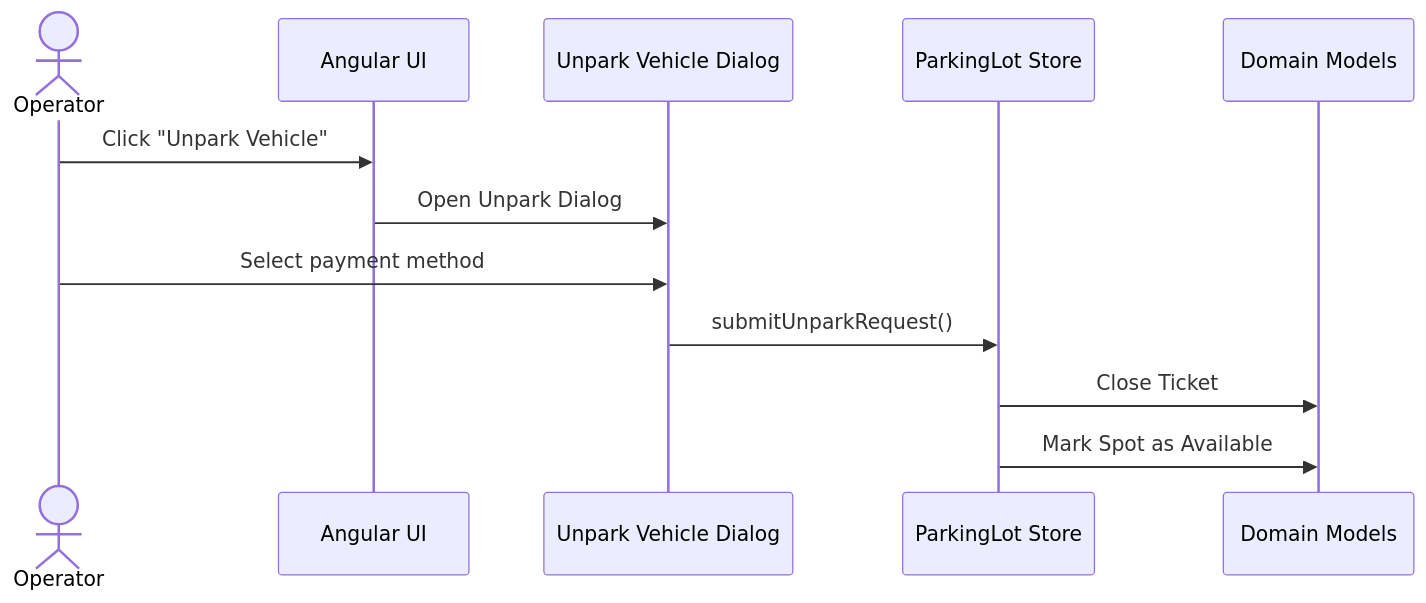
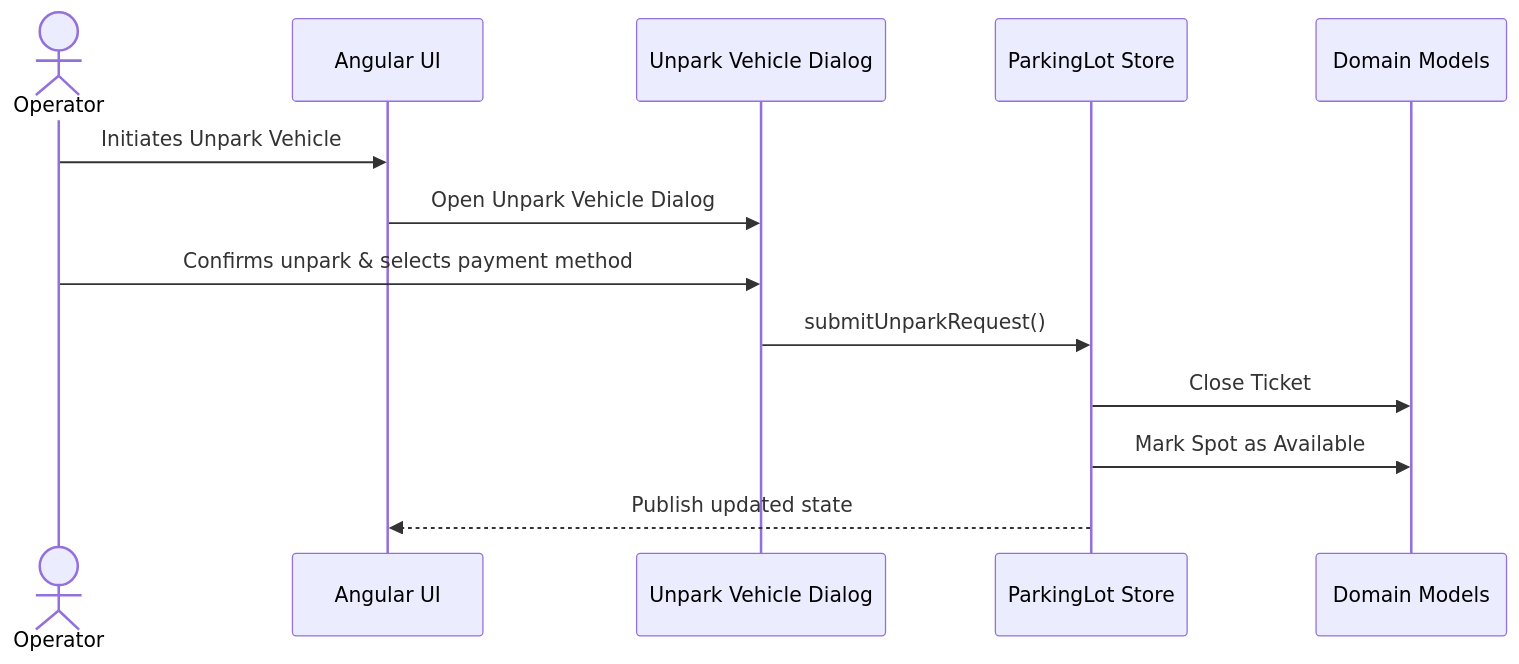
One commit to AmitVasava/parking-lot-web-v2 changed the second of 2 diagrams in docs/SEQUENCE.md. Above: the diagram before and after it, drawn with Mermaid. The commit also changed other lines of this file, not shown here.

Commit message:
docs(sequence): lock Park & Unpark flows (Phase A)

````diff
--- a/docs/SEQUENCE.md
+++ b/docs/SEQUENCE.md
@@ -71,15 +104,16 @@
 ```mermaid
 sequenceDiagram
     actor Operator
     participant UI as Angular UI
     participant Dialog as Unpark Vehicle Dialog
     participant Store as ParkingLot Store
     participant Domain as Domain Models
 
-    Operator ->> UI: Click "Unpark Vehicle"
-    UI ->> Dialog: Open Unpark Dialog
-    Operator ->> Dialog: Select payment method
+    Operator ->> UI: Initiates Unpark Vehicle
+    UI ->> Dialog: Open Unpark Vehicle Dialog
+    Operator ->> Dialog: Confirms unpark & selects payment method
     Dialog ->> Store: submitUnparkRequest()
     Store ->> Domain: Close Ticket
     Store ->> Domain: Mark Spot as Available
+    Store -->> UI: Publish updated state
 ```
````
